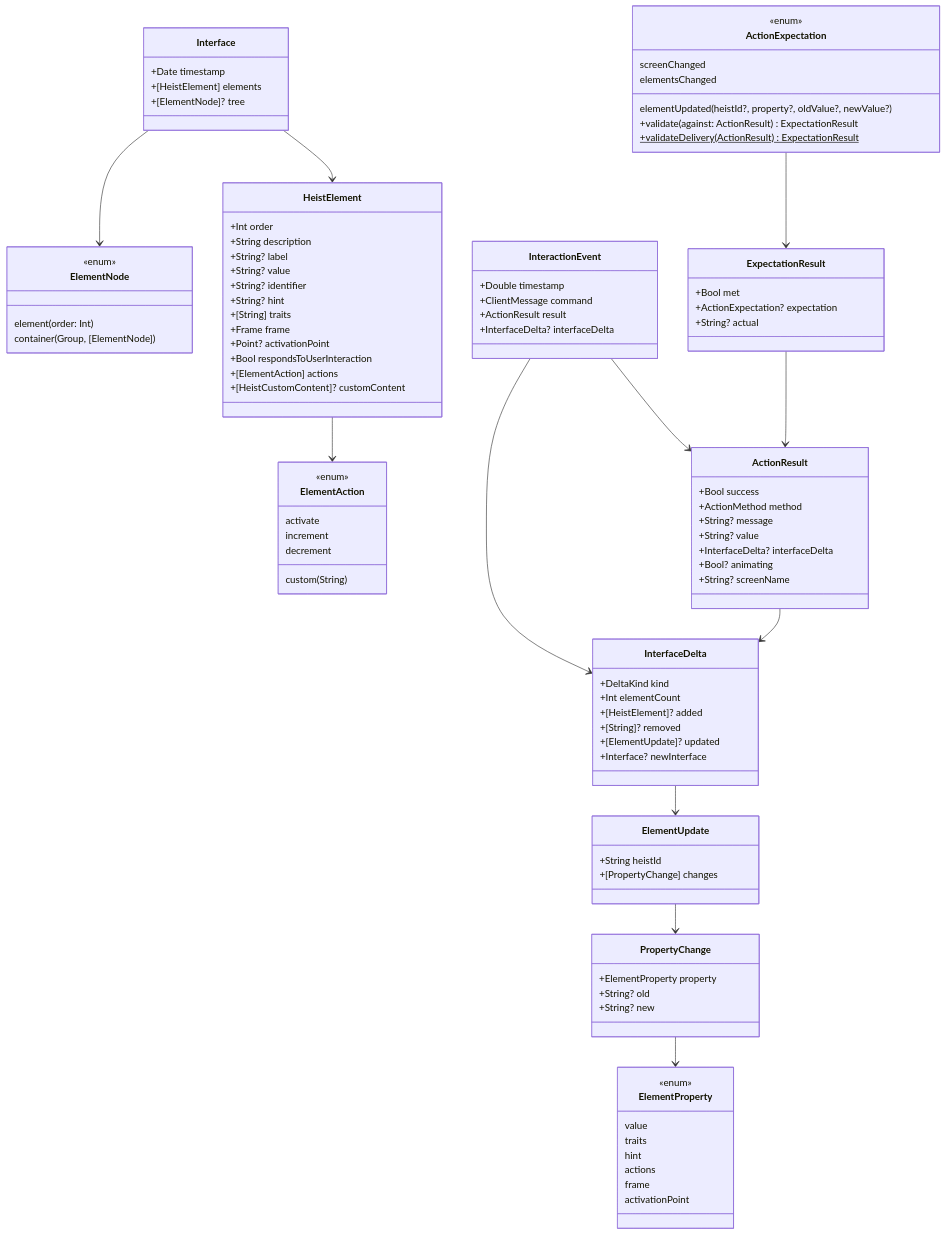
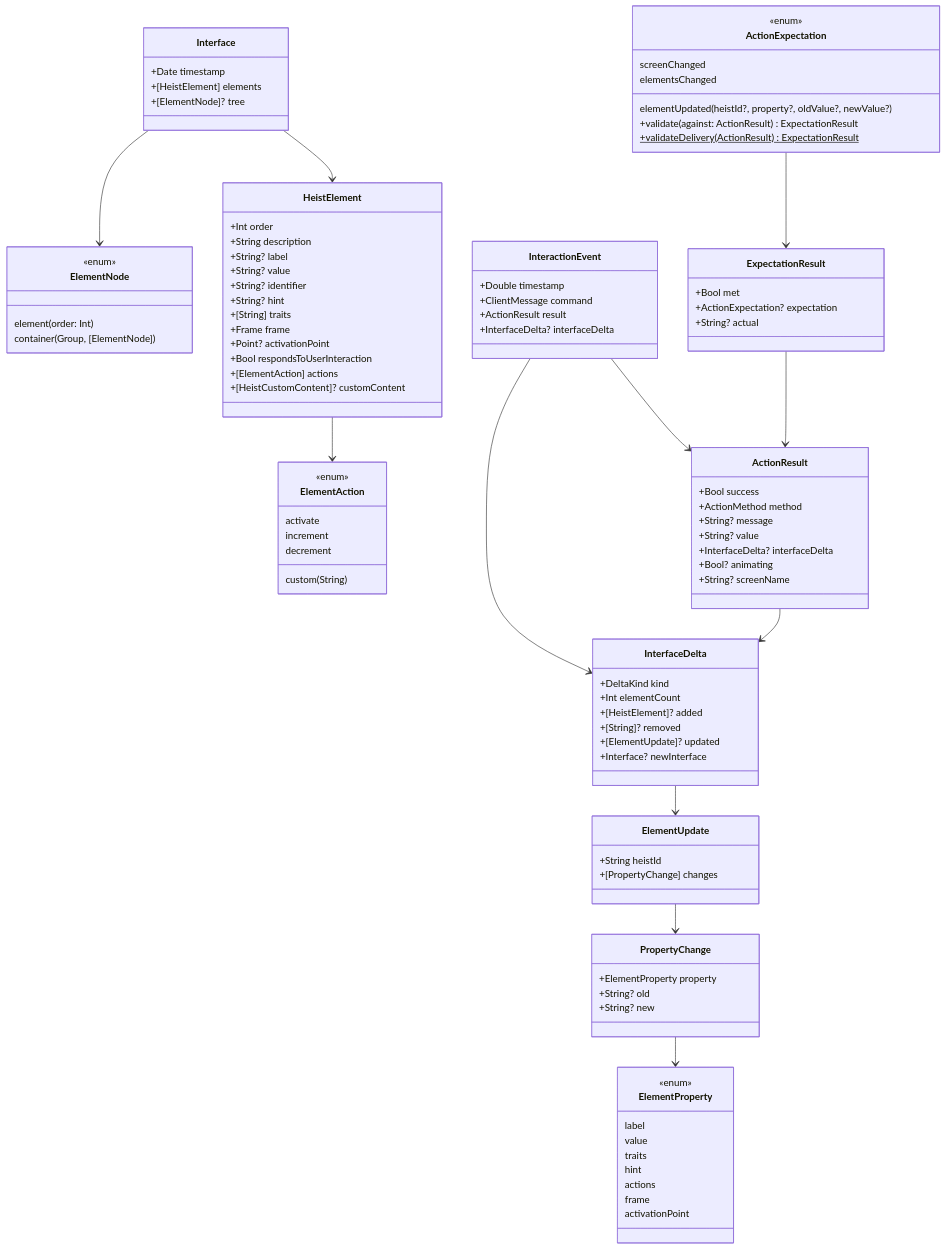
Before and after one commit to RoyalPineapple/TheButtonHeist: the third of 3 diagrams in docs/dossiers/01-THESCORE.md, drawn with Mermaid. The commit also changed other lines of this file and 19 other files, not shown here.

```diff
--- a/docs/dossiers/01-THESCORE.md
+++ b/docs/dossiers/01-THESCORE.md
@@ -153,6 +153,7 @@
 
     class ElementProperty {
         <<enum>>
+        label
         value
         traits
         hint
```
